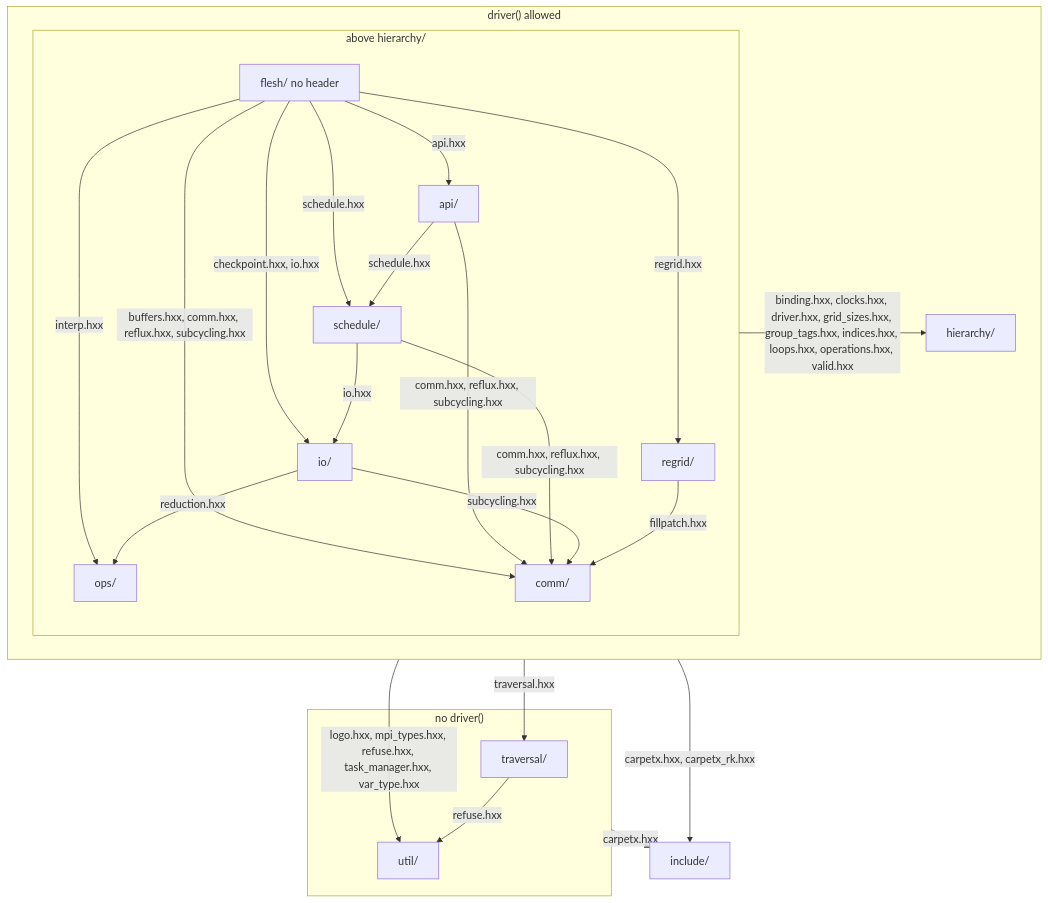
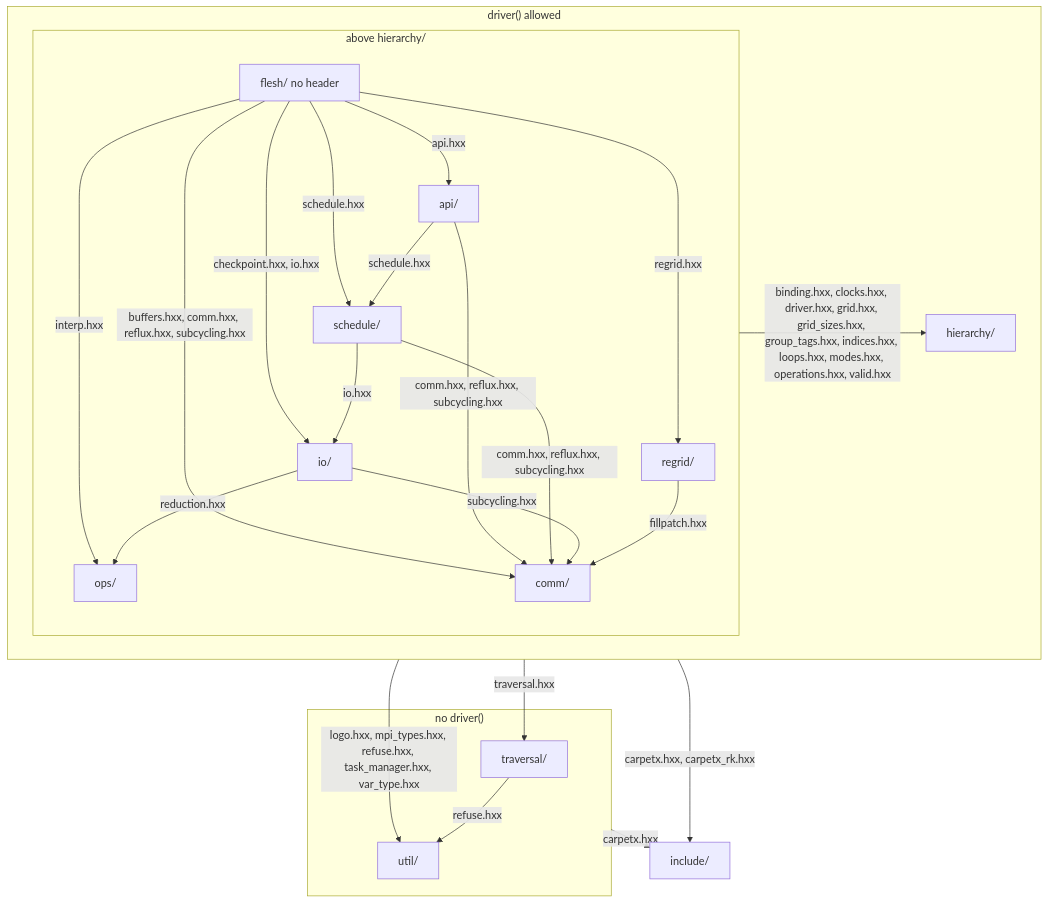
One commit to lwJi/CarpetX changed the first of 3 diagrams in agent_docs/carpetx-internals.md. Above: the diagram before and after it, drawn with Mermaid. The commit also changed 19 other files, not shown here.

First line of the commit message:
CarpetX: loops.hxx becomes modes.hxx, grid.hxx and loops.hxx

````diff
--- a/agent_docs/carpetx-internals.md
+++ b/agent_docs/carpetx-internals.md
@@ -7,39 +7,39 @@
 ```mermaid
 flowchart TB
   subgraph door["driver() allowed"]
     subgraph above["above hierarchy/"]
       flesh["flesh/ no header"]
       api["api/"]
       schedule["schedule/"]
       io["io/"]
       ops["ops/"]
       regrid["regrid/"]
       comm["comm/"]
     end
     hierarchy["hierarchy/"]
   end
   subgraph nodoor["no driver()"]
     traversal["traversal/"]
     util["util/"]
   end
   include["include/"]
   flesh -- "api.hxx" --> api
   flesh -- "schedule.hxx" --> schedule
   flesh -- "checkpoint.hxx, io.hxx" --> io
   flesh -- "interp.hxx" --> ops
   flesh -- "regrid.hxx" --> regrid
   flesh -- "buffers.hxx, comm.hxx, reflux.hxx, subcycling.hxx" --> comm
   api -- "schedule.hxx" --> schedule
   api -- "comm.hxx, reflux.hxx, subcycling.hxx" --> comm
   schedule -- "io.hxx" --> io
   schedule -- "comm.hxx, reflux.hxx, subcycling.hxx" --> comm
   io -- "reduction.hxx" --> ops
   io -- "subcycling.hxx" --> comm
   regrid -- "fillpatch.hxx" --> comm
   traversal -- "refuse.hxx" --> util
-  above -- "binding.hxx, clocks.hxx, driver.hxx, grid_sizes.hxx, group_tags.hxx, indices.hxx, loops.hxx, operations.hxx, valid.hxx" --> hierarchy
+  above -- "binding.hxx, clocks.hxx, driver.hxx, grid.hxx, grid_sizes.hxx, group_tags.hxx, indices.hxx, loops.hxx, modes.hxx, operations.hxx, valid.hxx" --> hierarchy
   door -- "traversal.hxx" --> traversal
   door -- "logo.hxx, mpi_types.hxx, refuse.hxx, task_manager.hxx, var_type.hxx" --> util
   door -- "carpetx.hxx, carpetx_rk.hxx" --> include
   nodoor -- "carpetx.hxx" --> include
 ```
````
